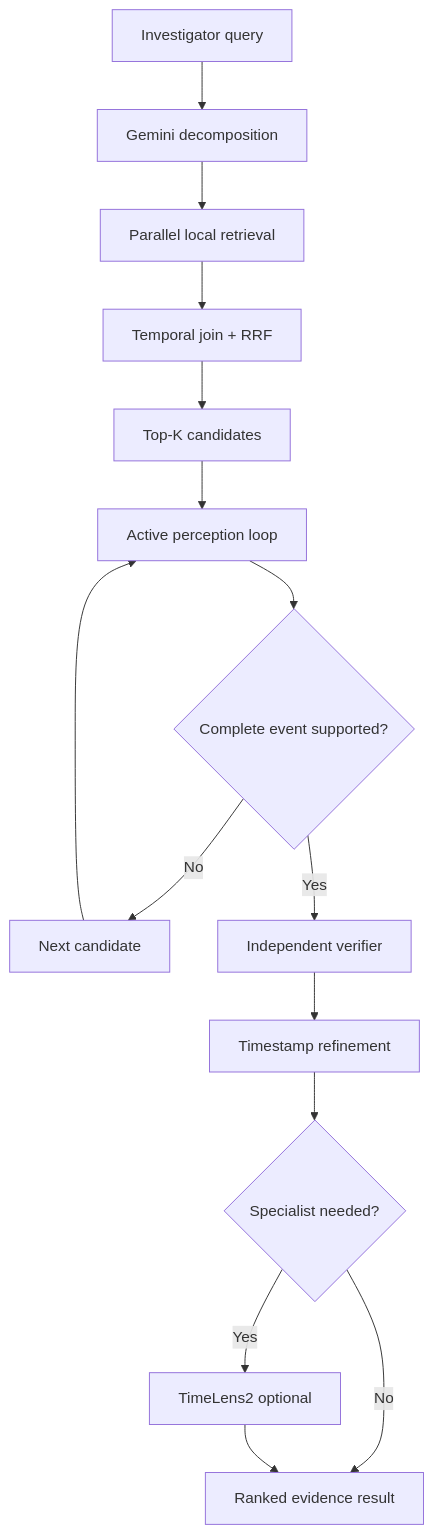
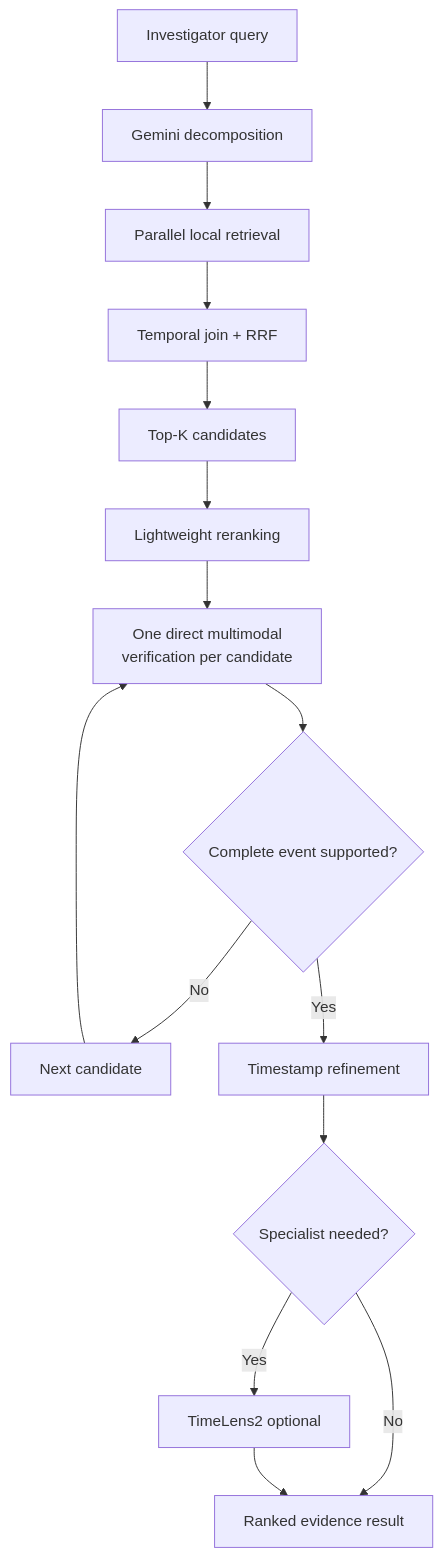
Diagram 11 of 12 in SYSTEM_DESIGN.md (giaphoang/PatrolLens), drawn with Mermaid before and after one commit. The commit also changed other lines of this file and 23 other files, not shown here.

````diff
--- a/SYSTEM_DESIGN.md
+++ b/SYSTEM_DESIGN.md
@@ -388,15 +367,15 @@
 ```mermaid
 flowchart TD
     Q["Investigator query"] --> P["Gemini decomposition"]
     P --> R["Parallel local retrieval"]
     R --> J["Temporal join + RRF"]
     J --> K["Top-K candidates"]
-    K --> A["Active perception loop"]
-    A --> S{"Complete event supported?"}
-    S -->|"No"| N["Next candidate"] --> A
-    S -->|"Yes"| V["Independent verifier"]
-    V --> F["Timestamp refinement"]
+    K --> A["Lightweight reranking"]
+    A --> V["One direct multimodal<br/>verification per candidate"]
+    V --> S{"Complete event supported?"}
+    S -->|"No"| N["Next candidate"] --> V
+    S -->|"Yes"| F["Timestamp refinement"]
     F --> T{"Specialist needed?"}
     T -->|"No"| O["Ranked evidence result"]
     T -->|"Yes"| TL["TimeLens2 optional"] --> O
 ```
````
